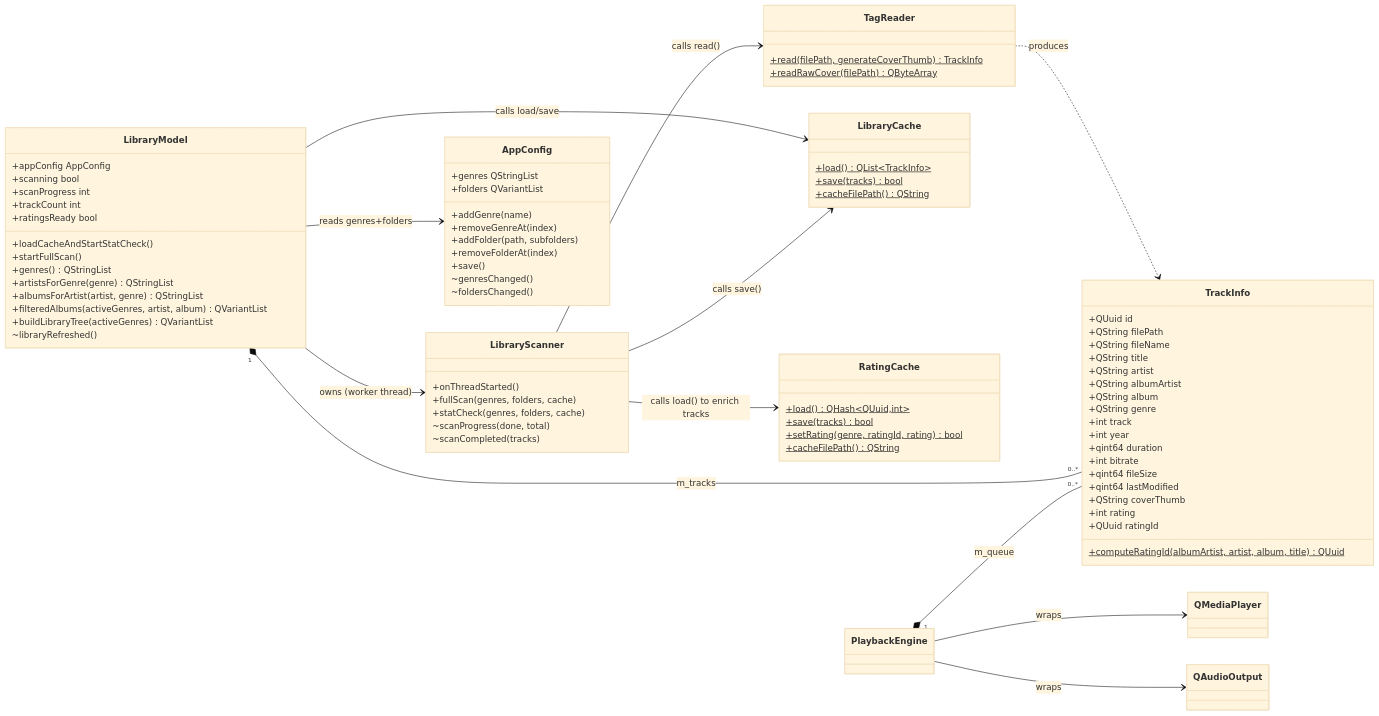
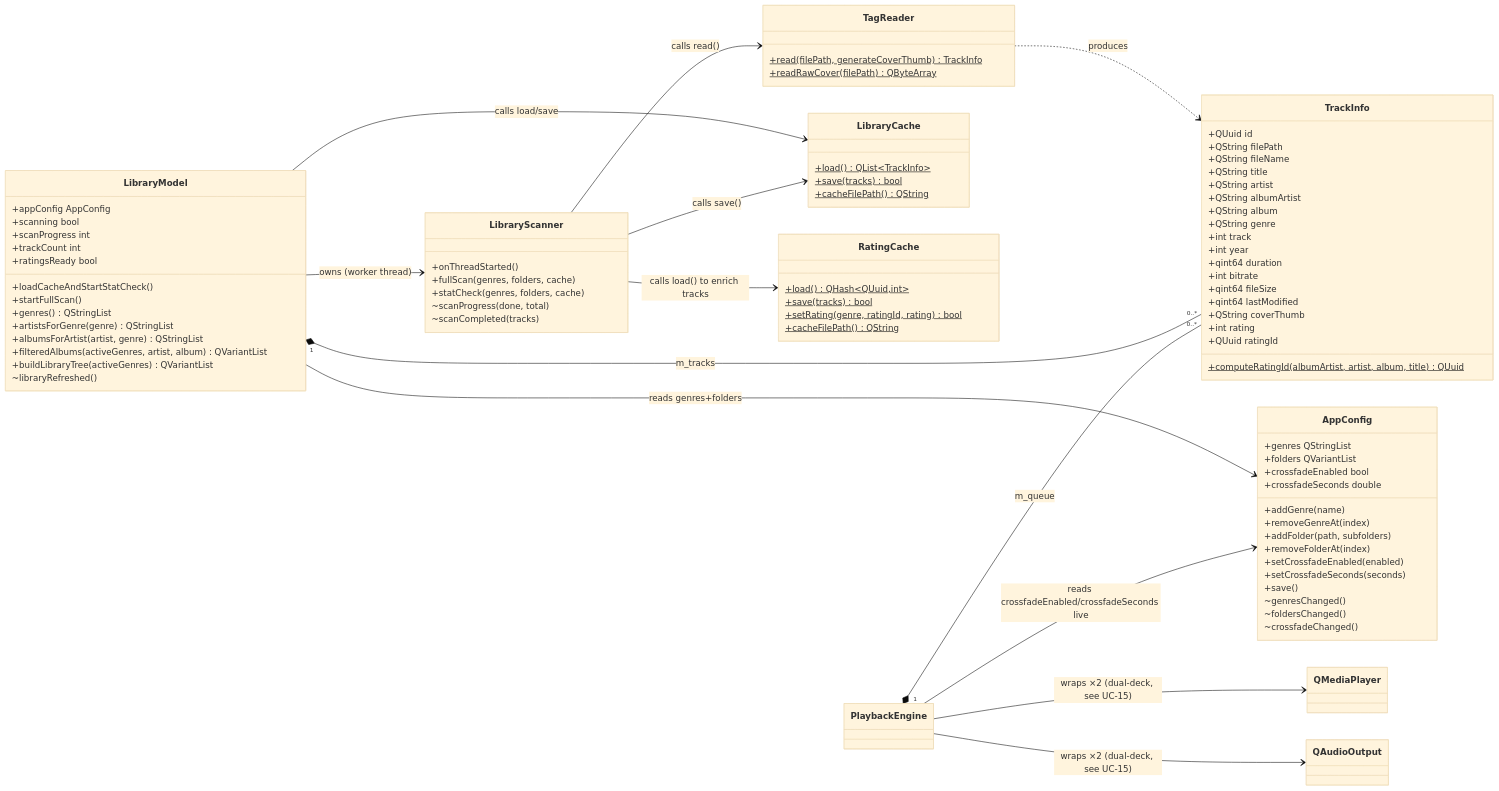
The diagram in architecture/AudioJukeboxTopaz.md (crucifythemadness/Topaz), drawn with Mermaid (base theme) before and after one commit. The commit also changed other lines of this file and 7 other files, not shown here.

````diff
--- a/architecture/AudioJukeboxTopaz.md
+++ b/architecture/AudioJukeboxTopaz.md
@@ -881,13 +887,18 @@
     class AppConfig {
       +genres QStringList
       +folders QVariantList
+      +crossfadeEnabled bool
+      +crossfadeSeconds double
       +addGenre(name)
       +removeGenreAt(index)
       +addFolder(path, subfolders)
       +removeFolderAt(index)
+      +setCrossfadeEnabled(enabled)
+      +setCrossfadeSeconds(seconds)
       +save()
       ~genresChanged()
       ~foldersChanged()
+      ~crossfadeChanged()
     }
 
     LibraryModel --> LibraryScanner : owns (worker thread)
@@ -899,6 +910,7 @@
     TagReader ..> TrackInfo         : produces
     LibraryModel "1" *-- "0..*" TrackInfo : m_tracks
     PlaybackEngine "1" *-- "0..*" TrackInfo : m_queue
-    PlaybackEngine --> QMediaPlayer  : wraps
-    PlaybackEngine --> QAudioOutput  : wraps
+    PlaybackEngine --> QMediaPlayer  : wraps ×2 (dual-deck, see UC-15)
+    PlaybackEngine --> QAudioOutput  : wraps ×2 (dual-deck, see UC-15)
+    PlaybackEngine --> AppConfig     : reads crossfadeEnabled/crossfadeSeconds live
 ```
````
